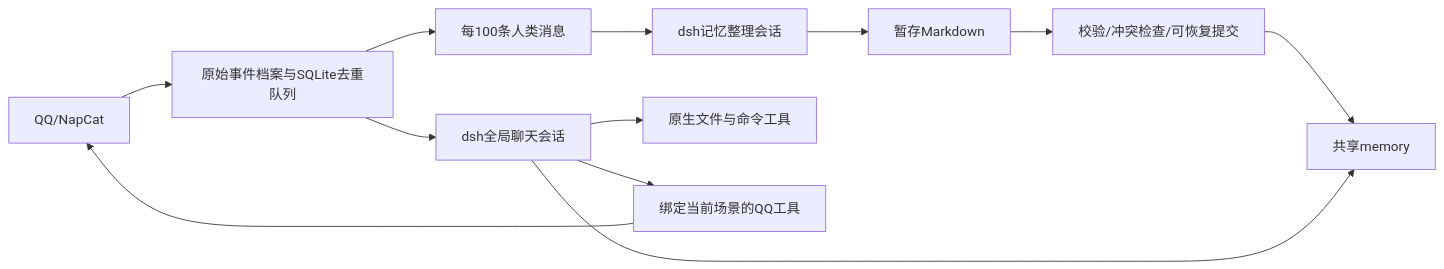
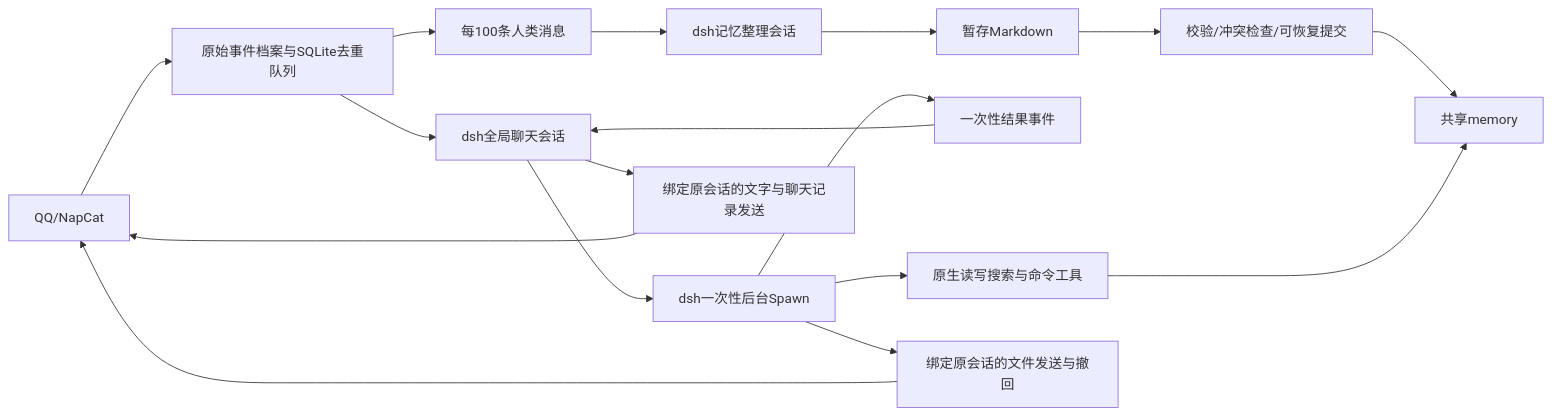
The diagram in docs/AI服务架构与运行说明.md (kuiningzzzz/MyQQbot), drawn with Mermaid before and after one commit. The commit also changed other lines of this file and 16 other files, not shown here.

````diff
--- a/docs/AI服务架构与运行说明.md
+++ b/docs/AI服务架构与运行说明.md
@@ -11,14 +27,19 @@
 ```mermaid
 flowchart LR
   QQ[QQ/NapCat] --> Archive[原始事件档案与SQLite去重队列]
   Archive --> Chat[dsh全局聊天会话]
   Archive --> Batch[每100条人类消息]
   Batch --> Memory[dsh记忆整理会话]
-  Chat --> Tools[原生文件与命令工具]
+  Chat --> Spawn[dsh一次性后台Spawn]
+  Spawn --> Tools[原生读写搜索与命令工具]
+  Spawn --> Result[一次性结果事件]
+  Result --> Chat
   Memory --> Stage[暂存Markdown]
   Stage --> Commit[校验/冲突检查/可恢复提交]
   Commit --> Files[共享memory]
-  Chat --> Files
-  Chat --> Bridge[绑定当前场景的QQ工具]
+  Tools --> Files
+  Chat --> Bridge[绑定原会话的文字与聊天记录发送]
   Bridge --> QQ
+  Spawn --> FileSend[绑定原会话的文件发送与撤回]
+  FileSend --> QQ
 ```
````
